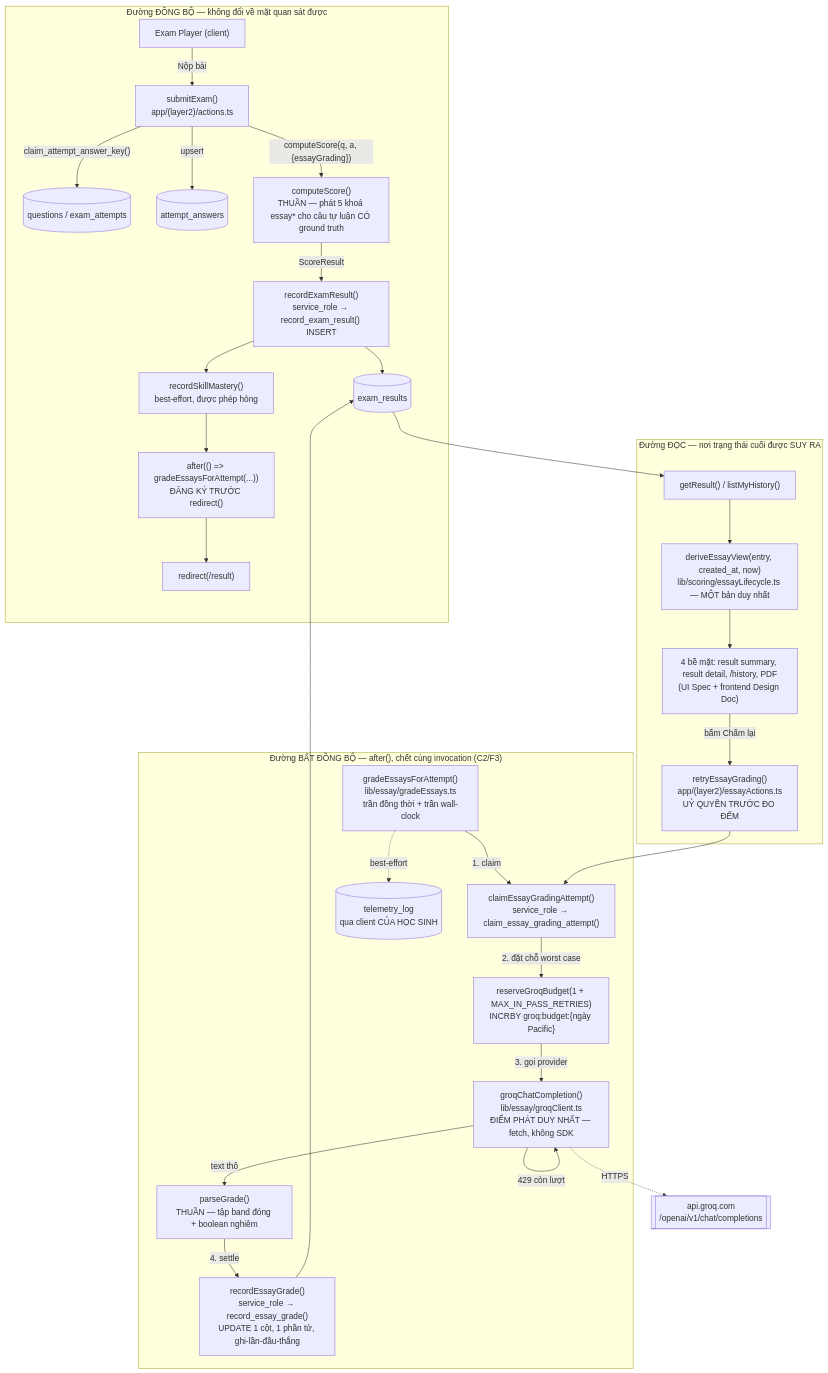
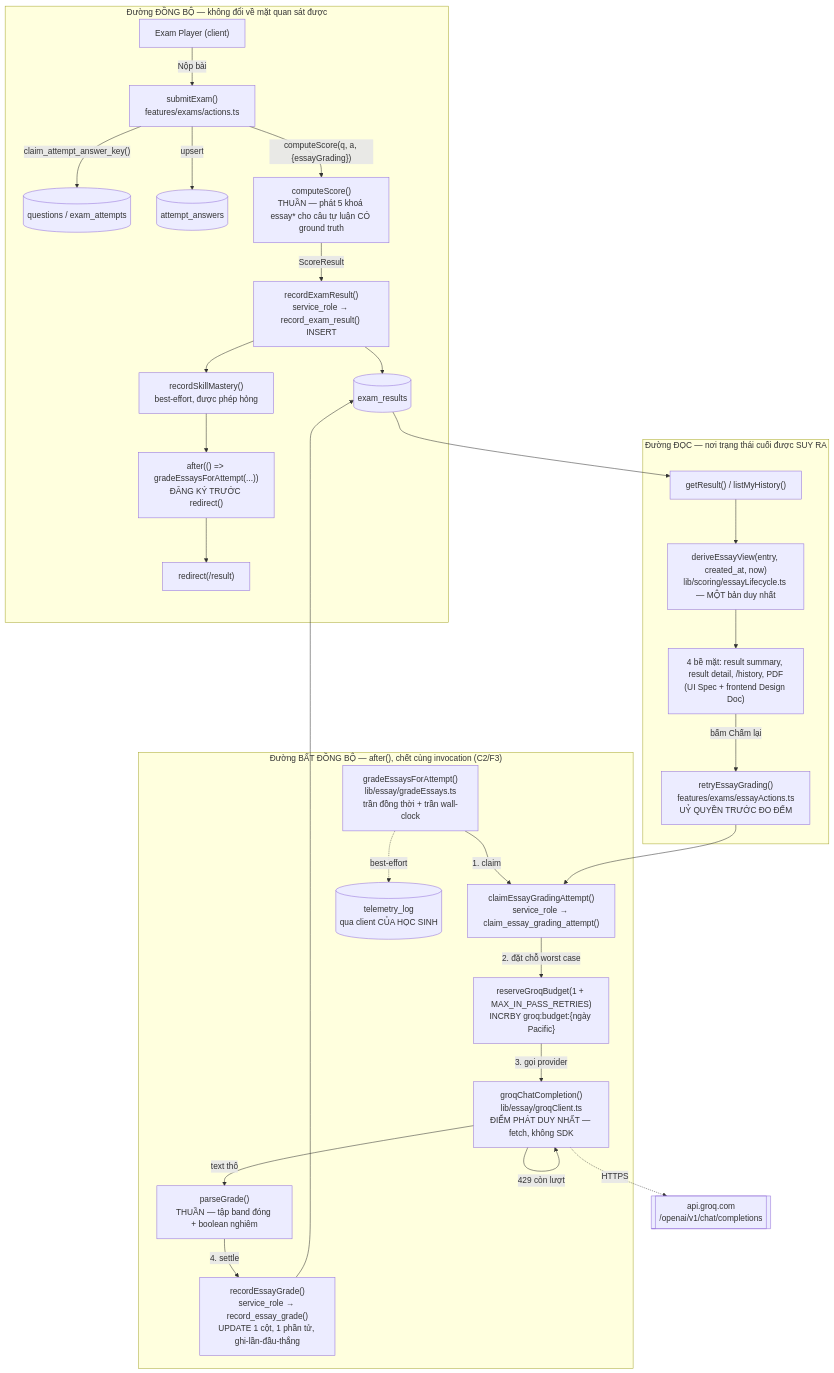
One commit to undetecteddeveloper/MS-MOLAR changed the first of 3 diagrams in docs/design/essay-auto-scoring-backend-design.md. Above: the diagram before and after it, drawn with Mermaid. The commit also changed other lines of this file and 142 other files, not shown here.

````diff
--- a/docs/design/essay-auto-scoring-backend-design.md
+++ b/docs/design/essay-auto-scoring-backend-design.md
@@ -559,36 +559,36 @@
 ```mermaid
 flowchart TD
     subgraph SYNC["Đường ĐỒNG BỘ — không đổi về mặt quan sát được"]
-      Player["Exam Player (client)"] -->|"Nộp bài"| Submit["submitExam()<br/>app/(layer2)/actions.ts"]
+      Player["Exam Player (client)"] -->|"Nộp bài"| Submit["submitExam()<br/>features/exams/actions.ts"]
       Submit -->|"claim_attempt_answer_key()"| DB1[("questions / exam_attempts")]
       Submit -->|"upsert"| DB2[("attempt_answers")]
       Submit -->|"computeScore(q, a, {essayGrading})"| CS["computeScore()<br/>THUẦN — phát 5 khoá essay* cho câu tự luận CÓ ground truth"]
       CS -->|"ScoreResult"| RER["recordExamResult()<br/>service_role → record_exam_result() INSERT"]
       RER --> DB3[("exam_results")]
       RER --> RSM["recordSkillMastery()<br/>best-effort, được phép hỏng"]
       RSM --> Reg["after(() => gradeEssaysForAttempt(...))<br/>ĐĂNG KÝ TRƯỚC redirect()"]
       Reg --> Redir["redirect(/result)"]
     end
 
     subgraph ASYNC["Đường BẤT ĐỒNG BỘ — after(), chết cùng invocation (C2/F3)"]
       Pass["gradeEssaysForAttempt()<br/>lib/essay/gradeEssays.ts<br/>trần đồng thời + trần wall-clock"]
       Pass -->|"1. claim"| CL["claimEssayGradingAttempt()<br/>service_role → claim_essay_grading_attempt()"]
       CL -->|"2. đặt chỗ worst case"| BU["reserveGroqBudget(1 + MAX_IN_PASS_RETRIES)<br/>INCRBY groq:budget:{ngày Pacific}"]
       BU -->|"3. gọi provider"| GQ["groqChatCompletion()<br/>lib/essay/groqClient.ts<br/>ĐIỂM PHÁT DUY NHẤT — fetch, không SDK"]
       GQ -->|"429 còn lượt"| GQ
       GQ -->|"text thô"| PG["parseGrade()<br/>THUẦN — tập band đóng + boolean nghiêm"]
       PG -->|"4. settle"| RG["recordEssayGrade()<br/>service_role → record_essay_grade()<br/>UPDATE 1 cột, 1 phần tử, ghi-lần-đầu-thắng"]
       RG --> DB3
       Pass -.->|"best-effort"| TL[("telemetry_log<br/>qua client CỦA HỌC SINH")]
     end
 
     subgraph READ["Đường ĐỌC — nơi trạng thái cuối được SUY RA"]
       DB3 --> GR["getResult() / listMyHistory()"]
       GR --> DV["deriveEssayView(entry, created_at, now)<br/>lib/scoring/essayLifecycle.ts — MỘT bản duy nhất"]
       DV --> UI["4 bề mặt: result summary, result detail, /history, PDF<br/>(UI Spec + frontend Design Doc)"]
-      Retry["retryEssayGrading()<br/>app/(layer2)/essayActions.ts<br/>UỶ QUYỀN TRƯỚC ĐO ĐẾM"] --> CL
+      Retry["retryEssayGrading()<br/>features/exams/essayActions.ts<br/>UỶ QUYỀN TRƯỚC ĐO ĐẾM"] --> CL
       UI -->|"bấm Chấm lại"| Retry
     end
 
     GQ -.->|"HTTPS"| Groq[["api.groq.com<br/>/openai/v1/chat/completions"]]
 ```
````
